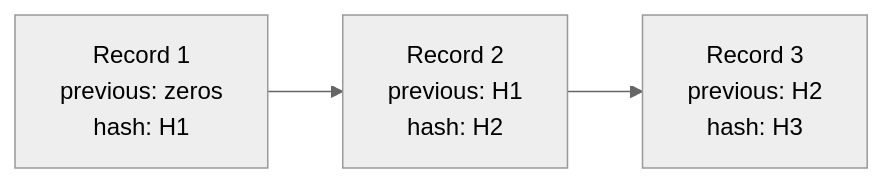
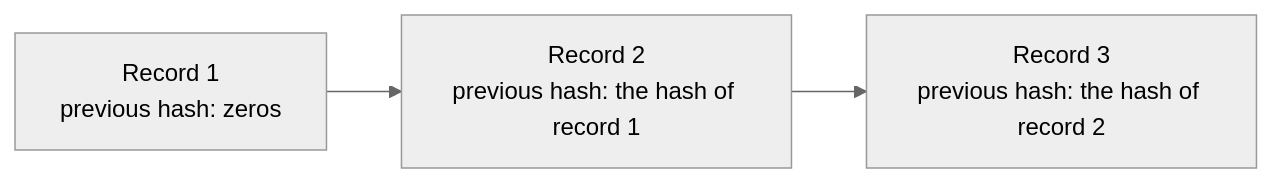
Before and after one commit to ortisun/hodor: the second of 2 diagrams in docs/architecture/contexts/audit.md, drawn with Mermaid (neutral theme).

Commit message:
docs: write the audit diagram in words
Refs: Issue-28

````diff
--- a/docs/architecture/contexts/audit.md
+++ b/docs/architecture/contexts/audit.md
@@ -53,4 +53,4 @@
 ```mermaid
 flowchart LR
-    first["Record 1<br/>previous: zeros<br/>hash: H1"] --> second["Record 2<br/>previous: H1<br/>hash: H2"] --> third["Record 3<br/>previous: H2<br/>hash: H3"]
+    first["Record 1<br/>previous hash: zeros"] --> second["Record 2<br/>previous hash: the hash of record 1"] --> third["Record 3<br/>previous hash: the hash of record 2"]
 ```
````
